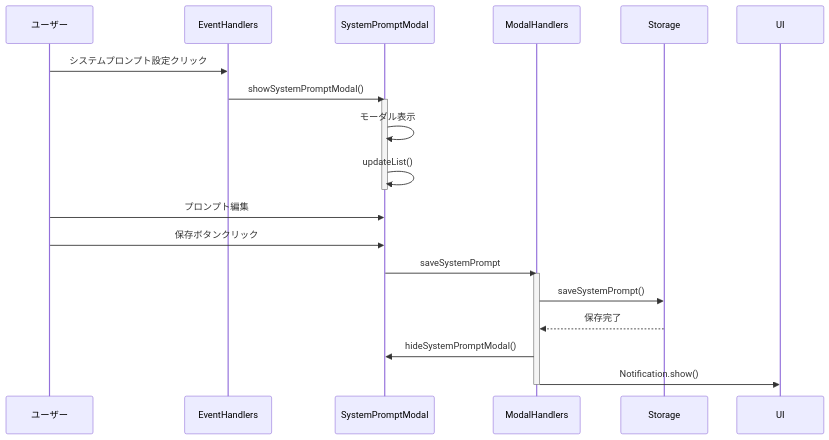
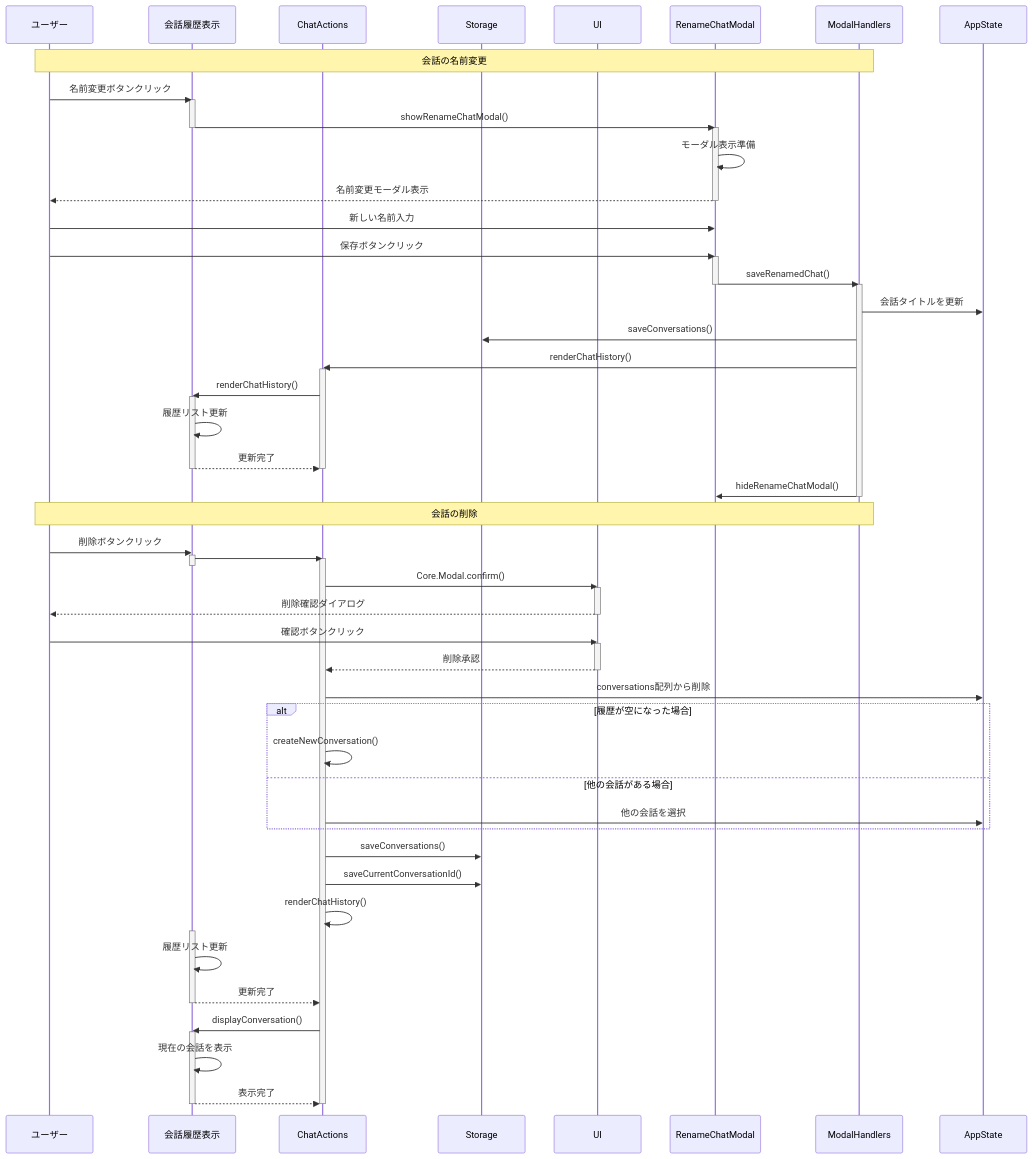
Diagram 11 of 11 in ChatBot_設計仕様書.md (SuperPyonchiX/ChatBot), drawn with Mermaid before and after one commit. The commit also changed other lines of this file, not shown here.

````diff
--- a/ChatBot_設計仕様書.md
+++ b/ChatBot_設計仕様書.md
@@ -1318,29 +1552,88 @@
 ```mermaid
 sequenceDiagram
     participant User as ユーザー
-    participant EventHandlers as EventHandlers
-    participant SystemPromptModal as SystemPromptModal
-    participant ModalHandlers as ModalHandlers
+    participant ChatHistory as 会話履歴表示
+    participant ChatActions as ChatActions
     participant Storage as Storage
     participant UI as UI
+    participant RenameChatModal as RenameChatModal
+    participant ModalHandlers as ModalHandlers
     
-    User->>EventHandlers: システムプロンプト設定クリック
-    EventHandlers->>SystemPromptModal: showSystemPromptModal()
-    activate SystemPromptModal
+    Note over User, ModalHandlers: 会話の名前変更
     
-    SystemPromptModal->>SystemPromptModal: モーダル表示
-    SystemPromptModal->>SystemPromptModal: updateList()
-    deactivate SystemPromptModal
+    User->>ChatHistory: 名前変更ボタンクリック
+    activate ChatHistory
+    ChatHistory->>RenameChatModal: showRenameChatModal()
+    deactivate ChatHistory
     
-    User->>SystemPromptModal: プロンプト編集
-    User->>SystemPromptModal: 保存ボタンクリック
-    SystemPromptModal->>ModalHandlers: saveSystemPrompt
+    activate RenameChatModal
+    RenameChatModal->>RenameChatModal: モーダル表示準備
+    RenameChatModal-->>User: 名前変更モーダル表示
+    deactivate RenameChatModal
+    
+    User->>RenameChatModal: 新しい名前入力
+    User->>RenameChatModal: 保存ボタンクリック
+    
+    activate RenameChatModal
+    RenameChatModal->>ModalHandlers: saveRenamedChat()
+    deactivate RenameChatModal
+    
     activate ModalHandlers
+    ModalHandlers->>AppState: 会話タイトルを更新
+    ModalHandlers->>Storage: saveConversations()
+    ModalHandlers->>ChatActions: renderChatHistory()
     
-    ModalHandlers->>Storage: saveSystemPrompt()
-    Storage-->>ModalHandlers: 保存完了
+    activate ChatActions
+    ChatActions->>ChatHistory: renderChatHistory()
+    activate ChatHistory
+    ChatHistory->>ChatHistory: 履歴リスト更新
+    ChatHistory-->>ChatActions: 更新完了
+    deactivate ChatHistory
+    deactivate ChatActions
     
-    ModalHandlers->>SystemPromptModal: hideSystemPromptModal()
-    ModalHandlers->>UI: Notification.show()
+    ModalHandlers->>RenameChatModal: hideRenameChatModal()
     deactivate ModalHandlers
+    
+    Note over User, ModalHandlers: 会話の削除
+    
+    User->>ChatHistory: 削除ボタンクリック
+    activate ChatHistory
+    ChatHistory->>ChatActions: #deleteConversation()
+    deactivate ChatHistory
+    
+    activate ChatActions
+    ChatActions->>UI: Core.Modal.confirm()
+    activate UI
+    UI-->>User: 削除確認ダイアログ
+    deactivate UI
+    
+    User->>UI: 確認ボタンクリック
+    activate UI
+    UI-->>ChatActions: 削除承認
+    deactivate UI
+    
+    ChatActions->>AppState: conversations配列から削除
+    
+    alt 履歴が空になった場合
+        ChatActions->>ChatActions: createNewConversation()
+    else 他の会話がある場合
+        ChatActions->>AppState: 他の会話を選択
+    end
+    
+    ChatActions->>Storage: saveConversations()
+    ChatActions->>Storage: saveCurrentConversationId()
+    ChatActions->>ChatActions: renderChatHistory()
+    
+    activate ChatHistory
+    ChatHistory->>ChatHistory: 履歴リスト更新
+    ChatHistory-->>ChatActions: 更新完了
+    deactivate ChatHistory
+    
+    ChatActions->>ChatHistory: displayConversation()
+    activate ChatHistory
+    ChatHistory->>ChatHistory: 現在の会話を表示
+    ChatHistory-->>ChatActions: 表示完了
+    deactivate ChatHistory
+    
+    deactivate ChatActions
 ```
````
